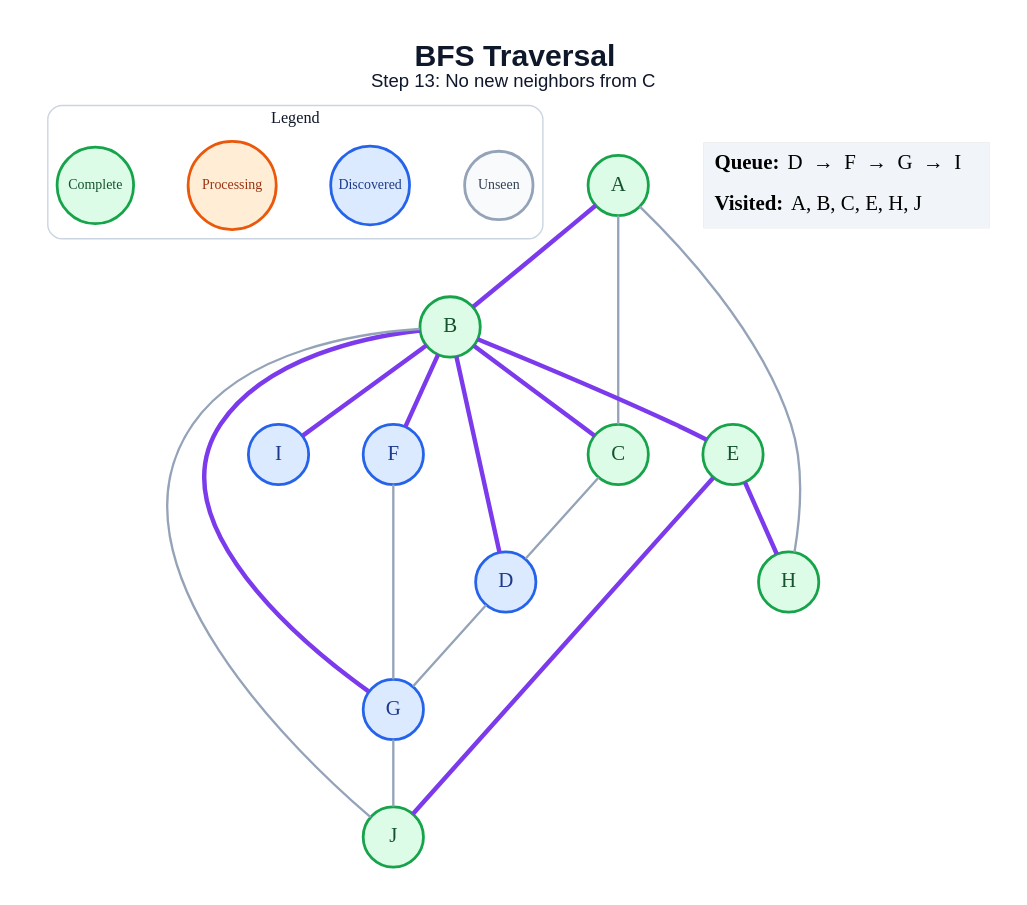
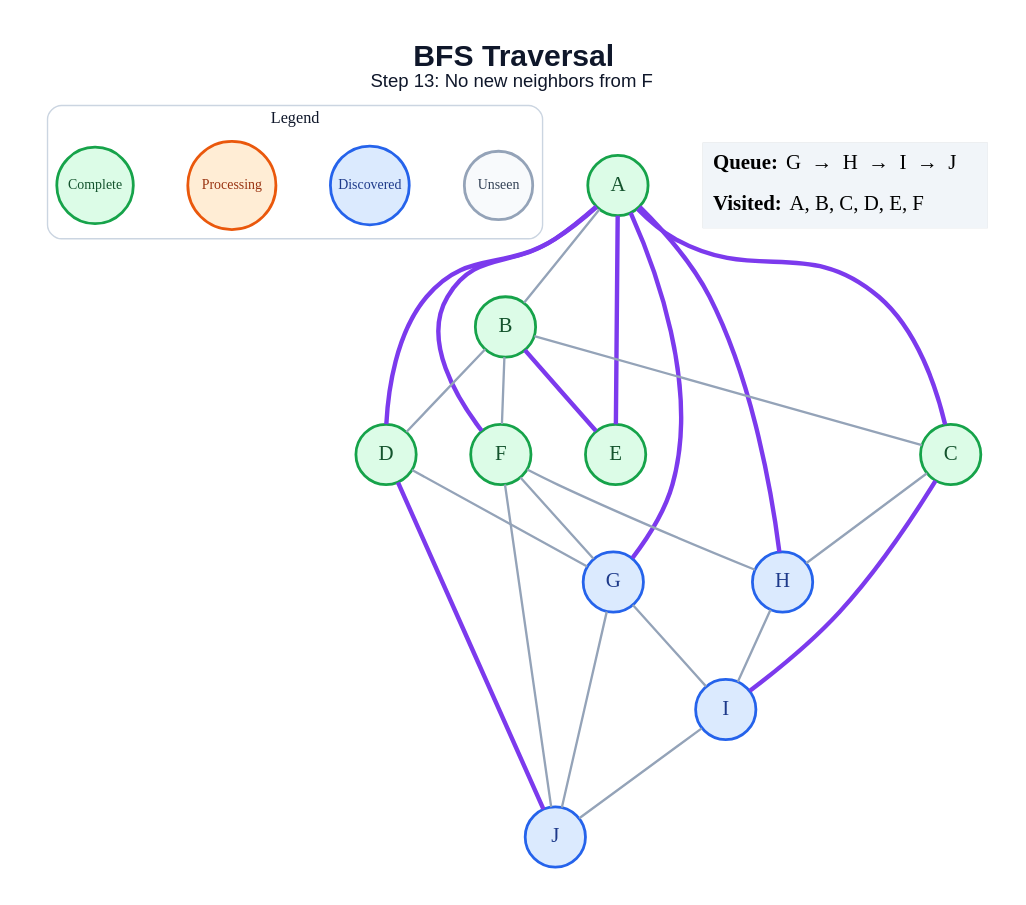
The diagram in generated/specific-node/bfs/step_13.dot (amanghodawala9/ai-slop), drawn with Graphviz before and after one commit. The commit also changed 178 other files, not shown here.

```diff
--- a/generated/specific-node/bfs/step_13.dot
+++ b/generated/specific-node/bfs/step_13.dot
@@ -1,45 +1,51 @@
 graph traversal {
   graph [layout=dot, rankdir=TB, bgcolor="#FFFFFF", pad="0.35", nodesep="0.65", ranksep="0.8", fontname="Arial"];
   node [shape=circle, style="filled", fontname="Arial Bold", fontsize=18, width=0.72, fixedsize=true, penwidth=2.4];
   edge [color="#94A3B8", penwidth=2.0];
-  label=<<B>BFS Traversal</B><BR/><FONT POINT-SIZE="16">Step 13: No new neighbors from C</FONT>>; labelloc="t"; fontsize=26; fontname="Arial"; fontcolor="#0F172A";
+  label=<<B>BFS Traversal</B><BR/><FONT POINT-SIZE="16">Step 13: No new neighbors from F</FONT>>; labelloc="t"; fontsize=26; fontname="Arial"; fontcolor="#0F172A";
   subgraph cluster_legend { label="Legend"; color="#CBD5E1"; penwidth=1.2; style="rounded"; fontsize=14; fontname="Arial Bold";
     key_unseen [label="Unseen", fillcolor="#F8FAFC", color="#94A3B8", fontcolor="#334155", fontsize=12, width=0.82];
     key_frontier [label="Discovered", fillcolor="#DBEAFE", color="#2563EB", fontcolor="#1E3A8A", fontsize=12, width=0.95];
     key_current [label="Processing", fillcolor="#FFEDD5", color="#EA580C", fontcolor="#9A3412", fontsize=12, width=1.05];
     key_done [label="Complete", fillcolor="#DCFCE7", color="#16A34A", fontcolor="#14532D", fontsize=12, width=0.92];
     { rank=same; key_unseen; key_frontier; key_current; key_done; }
   }
   A [fillcolor="#DCFCE7", color="#16A34A", fontcolor="#14532D"];
   B [fillcolor="#DCFCE7", color="#16A34A", fontcolor="#14532D"];
   C [fillcolor="#DCFCE7", color="#16A34A", fontcolor="#14532D"];
-  D [fillcolor="#DBEAFE", color="#2563EB", fontcolor="#1E3A8A"];
+  D [fillcolor="#DCFCE7", color="#16A34A", fontcolor="#14532D"];
   E [fillcolor="#DCFCE7", color="#16A34A", fontcolor="#14532D"];
-  F [fillcolor="#DBEAFE", color="#2563EB", fontcolor="#1E3A8A"];
+  F [fillcolor="#DCFCE7", color="#16A34A", fontcolor="#14532D"];
   G [fillcolor="#DBEAFE", color="#2563EB", fontcolor="#1E3A8A"];
-  H [fillcolor="#DCFCE7", color="#16A34A", fontcolor="#14532D"];
+  H [fillcolor="#DBEAFE", color="#2563EB", fontcolor="#1E3A8A"];
   I [fillcolor="#DBEAFE", color="#2563EB", fontcolor="#1E3A8A"];
-  J [fillcolor="#DCFCE7", color="#16A34A", fontcolor="#14532D"];
-  A -- B [color="#7C3AED", penwidth=3.8];
-  A -- C;
-  A -- H;
-  B -- C [color="#7C3AED", penwidth=3.8];
-  B -- D [color="#7C3AED", penwidth=3.8];
+  J [fillcolor="#DBEAFE", color="#2563EB", fontcolor="#1E3A8A"];
+  A -- B;
+  A -- C [color="#7C3AED", penwidth=3.8];
+  A -- D [color="#7C3AED", penwidth=3.8];
+  A -- E [color="#7C3AED", penwidth=3.8];
+  A -- F [color="#7C3AED", penwidth=3.8];
+  A -- G [color="#7C3AED", penwidth=3.8];
+  A -- H [color="#7C3AED", penwidth=3.8];
+  B -- C;
+  B -- D;
   B -- E [color="#7C3AED", penwidth=3.8];
-  B -- F [color="#7C3AED", penwidth=3.8];
-  B -- G [color="#7C3AED", penwidth=3.8];
-  B -- I [color="#7C3AED", penwidth=3.8];
-  B -- J;
-  C -- D;
+  B -- F;
+  C -- H;
+  C -- I [color="#7C3AED", penwidth=3.8];
   D -- G;
-  E -- H [color="#7C3AED", penwidth=3.8];
-  E -- J [color="#7C3AED", penwidth=3.8];
+  D -- J [color="#7C3AED", penwidth=3.8];
   F -- G;
+  F -- H;
+  F -- J;
+  G -- I;
   G -- J;
+  H -- I;
+  I -- J;
   status [shape=plain, fixedsize=false, width=0, height=0, margin=0, label=<
     <TABLE BORDER="0" CELLBORDER="0" CELLPADDING="7" BGCOLOR="#F1F5F9">
-      <TR><TD ALIGN="LEFT"><B>Queue:</B> D  →  F  →  G  →  I</TD></TR>
-      <TR><TD ALIGN="LEFT"><B>Visited:</B> A, B, C, E, H, J</TD></TR>
+      <TR><TD ALIGN="LEFT"><B>Queue:</B> G  →  H  →  I  →  J</TD></TR>
+      <TR><TD ALIGN="LEFT"><B>Visited:</B> A, B, C, D, E, F</TD></TR>
     </TABLE>
   >];
 }
```
